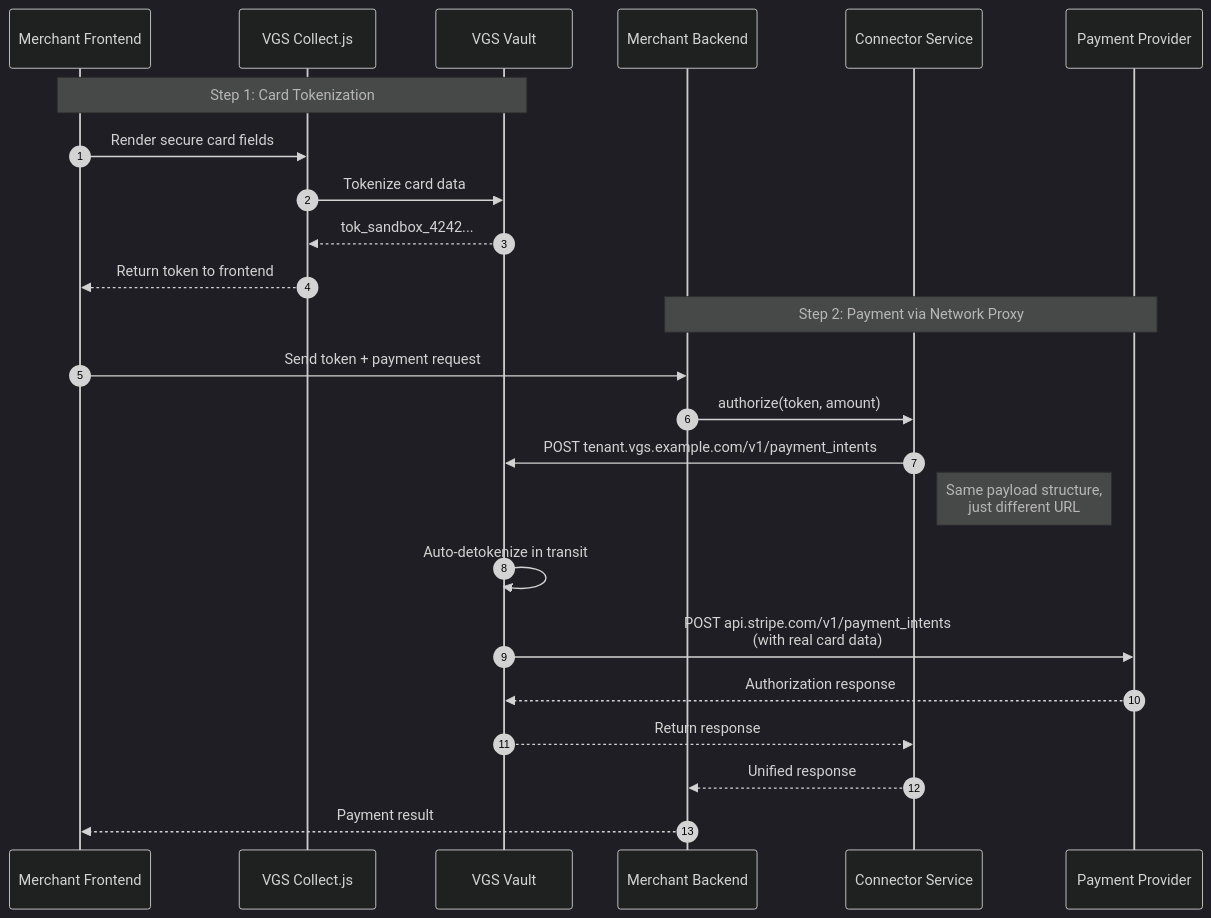
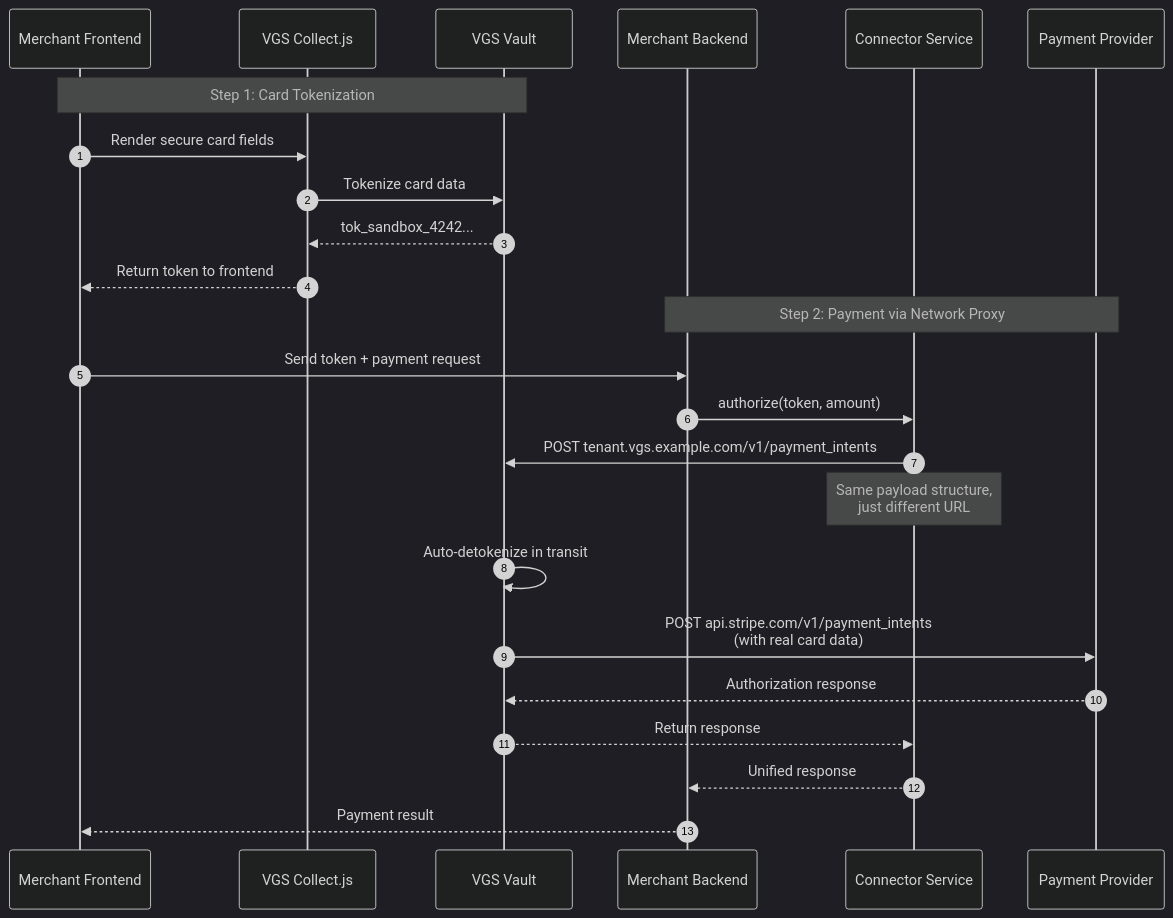
One commit to juspay/connector-service changed the first of 2 diagrams in docs/pci-compliance/network-proxy.md. Above: the diagram before and after it, drawn with Mermaid (dark theme). The commit also changed other lines of this file and 2 other files, not shown here.

First line of the commit message:
docs: fix all mermaid diagram notes to use 'note over' consistently

````diff
--- a/docs/pci-compliance/network-proxy.md
+++ b/docs/pci-compliance/network-proxy.md
@@ -25,28 +25,28 @@
 ```mermaid
 sequenceDiagram
     autonumber
     participant FE as Merchant Frontend
     participant VSDK as VGS Collect.js
     participant VGS as VGS Vault
     participant BE as Merchant Backend
     participant UCS as Connector Service
     participant PSP as Payment Provider
 
     Note over FE,VGS: Step 1: Card Tokenization
     FE->>VSDK: Render secure card fields
     VSDK->>VGS: Tokenize card data
     VGS-->>VSDK: tok_sandbox_4242...
     VSDK-->>FE: Return token to frontend
 
     Note over BE,PSP: Step 2: Payment via Network Proxy
     FE->>BE: Send token + payment request
     BE->>UCS: authorize(token, amount)
     UCS->>VGS: POST tenant.vgs.example.com/v1/payment_intents
-    Note right of UCS: Same payload structure,<br/>just different URL
+    Note over UCS: Same payload structure,<br/>just different URL
     VGS->>VGS: Auto-detokenize in transit
     VGS->>PSP: POST api.stripe.com/v1/payment_intents<br/>(with real card data)
     PSP-->>VGS: Authorization response
     VGS-->>UCS: Return response
     UCS-->>BE: Unified response
     BE-->>FE: Payment result
 ```
````
